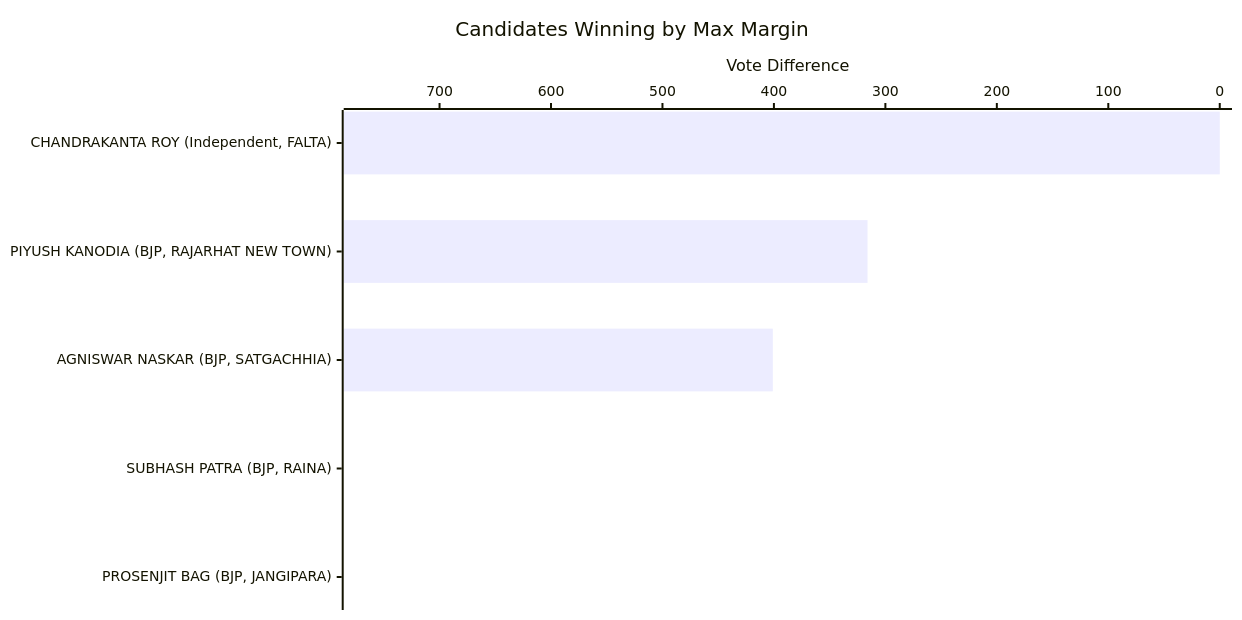
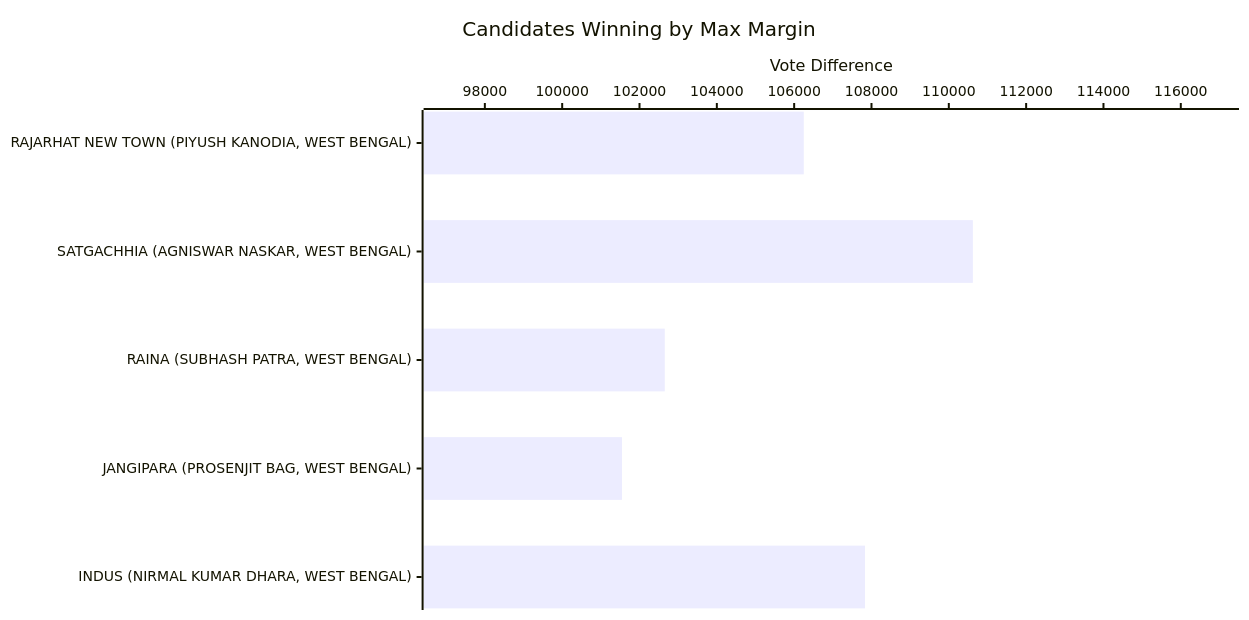
The fifth of 23 diagrams in result/WEST BENGAL/West Bengal-GRAPH.md (arjunswaj/elections), drawn with Mermaid before and after one commit. The commit also changed other lines of this file and 64 other files, not shown here.

````diff
--- a/result/WEST BENGAL/West Bengal-GRAPH.md
+++ b/result/WEST BENGAL/West Bengal-GRAPH.md
@@ -137,17 +138,17 @@
 ```mermaid
 ---
 config:
   xyChart:
     width: 1200
     height: 600
     chartOrientation: horizontal
   dataLabels:
     enabled: true
     placement: end
 ---
 xychart-beta
 title "Candidates Winning by Max Margin"
-x-axis ["CHANDRAKANTA ROY (Independent, FALTA)", "PIYUSH KANODIA (BJP, RAJARHAT NEW TOWN)", "AGNISWAR NASKAR (BJP, SATGACHHIA)", "SUBHASH PATRA (BJP, RAINA)", "PROSENJIT BAG (BJP, JANGIPARA)"]
-y-axis "Vote Difference" 775 --> 0
-bar [0, 316, 401, 834, 862]
+x-axis ["RAJARHAT NEW TOWN (PIYUSH KANODIA, WEST BENGAL)", "SATGACHHIA (AGNISWAR NASKAR, WEST BENGAL)", "RAINA (SUBHASH PATRA, WEST BENGAL)", "JANGIPARA (PROSENJIT BAG, WEST BENGAL)", "INDUS (NIRMAL KUMAR DHARA, WEST BENGAL)"]
+y-axis "Vote Difference" 97049 --> 116872
+bar [106248, 110622, 102653, 101547, 107833]
 ```
````
